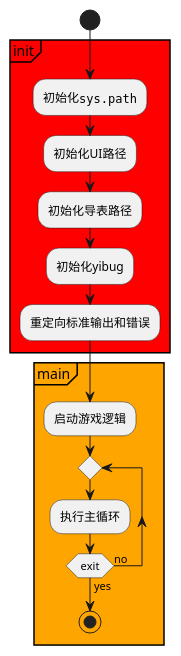
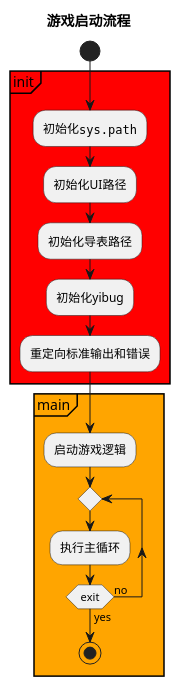
The first of 3 diagrams in src/org/ref/m8.org (kirakuiin/myproject), drawn with PlantUML before and after one commit. The commit also changed other lines of this file and 5 other files, not shown here.

```diff
--- a/src/org/ref/m8.org
+++ b/src/org/ref/m8.org
@@ -4,19 +9,20 @@
 #+BEGIN_SRC plantuml
   @startuml
+  title 游戏启动流程
   start
   partition init #red {
       :初始化""sys.path"";
       :初始化UI路径;
       :初始化导表路径;
       :初始化yibug;
       :重定向标准输出和错误;
   }
   partition main #orange {
       :""启动游戏逻辑"";
       repeat
       :""执行主循环"";
       repeat while (exit) is (no) not (yes)
       stop
   }
   @enduml
 #+END_SRC
```
